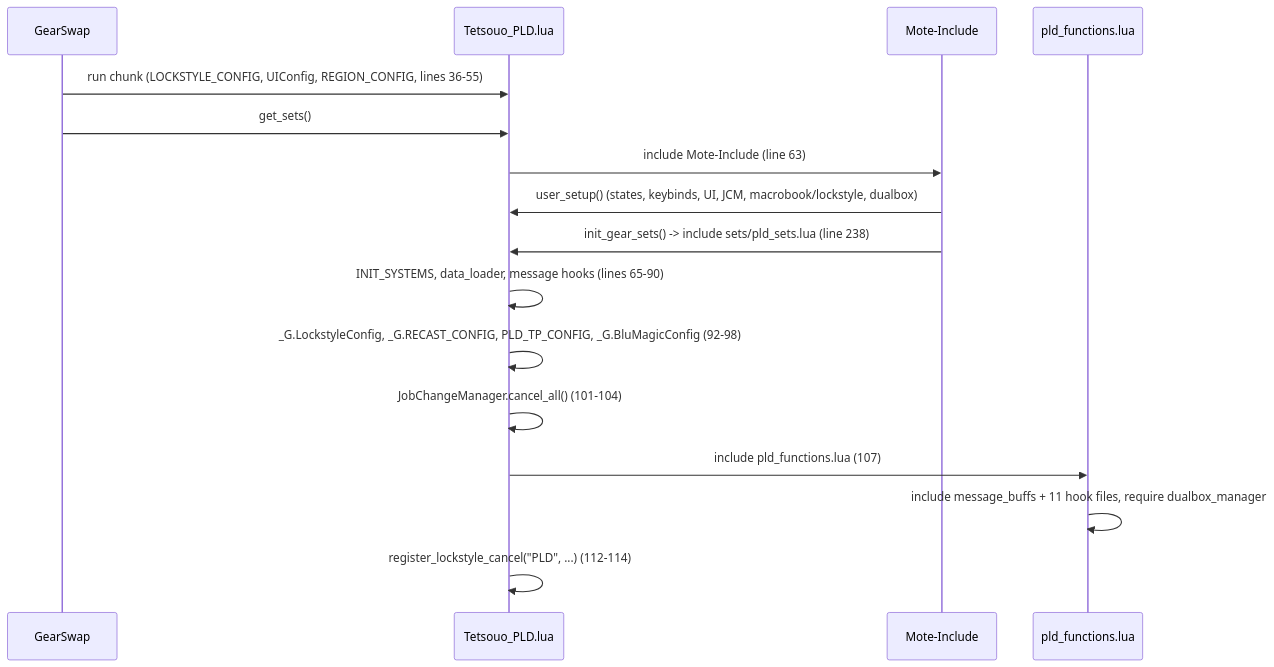
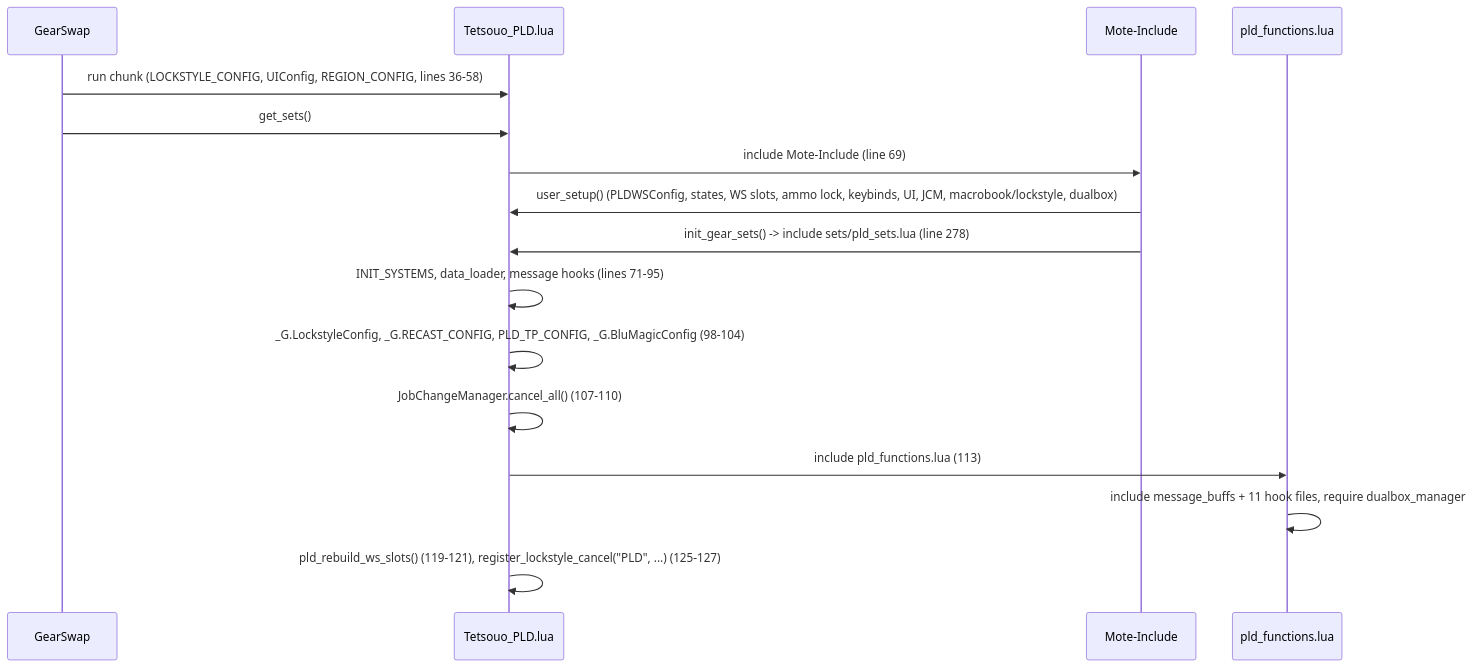
One commit to ejouanchicot/Gearswap changed the first of 5 diagrams in docs/dev/jobs/pld.md. Above: the diagram before and after it, drawn with Mermaid. The commit also changed other lines of this file and 81 other files, not shown here.

````diff
--- a/docs/dev/jobs/pld.md
+++ b/docs/dev/jobs/pld.md
@@ -92,18 +95,18 @@
 ```mermaid
 sequenceDiagram
     participant GS as GearSwap
     participant E as Tetsouo_PLD.lua
     participant M as Mote-Include
     participant F as pld_functions.lua
-    GS->>E: run chunk (LOCKSTYLE_CONFIG, UIConfig, REGION_CONFIG, lines 36-55)
+    GS->>E: run chunk (LOCKSTYLE_CONFIG, UIConfig, REGION_CONFIG, lines 36-58)
     GS->>E: get_sets()
-    E->>M: include Mote-Include (line 63)
-    M->>E: user_setup() (states, keybinds, UI, JCM, macrobook/lockstyle, dualbox)
-    M->>E: init_gear_sets() -> include sets/pld_sets.lua (line 238)
-    E->>E: INIT_SYSTEMS, data_loader, message hooks (lines 65-90)
-    E->>E: _G.LockstyleConfig, _G.RECAST_CONFIG, PLD_TP_CONFIG, _G.BluMagicConfig (92-98)
-    E->>E: JobChangeManager.cancel_all() (101-104)
-    E->>F: include pld_functions.lua (107)
+    E->>M: include Mote-Include (line 69)
+    M->>E: user_setup() (PLDWSConfig, states, WS slots, ammo lock, keybinds, UI, JCM, macrobook/lockstyle, dualbox)
+    M->>E: init_gear_sets() -> include sets/pld_sets.lua (line 278)
+    E->>E: INIT_SYSTEMS, data_loader, message hooks (lines 71-95)
+    E->>E: _G.LockstyleConfig, _G.RECAST_CONFIG, PLD_TP_CONFIG, _G.BluMagicConfig (98-104)
+    E->>E: JobChangeManager.cancel_all() (107-110)
+    E->>F: include pld_functions.lua (113)
     F->>F: include message_buffs + 11 hook files, require dualbox_manager
-    E->>E: register_lockstyle_cancel("PLD", ...) (112-114)
+    E->>E: pld_rebuild_ws_slots() (119-121), register_lockstyle_cancel("PLD", ...) (125-127)
 ```
````
